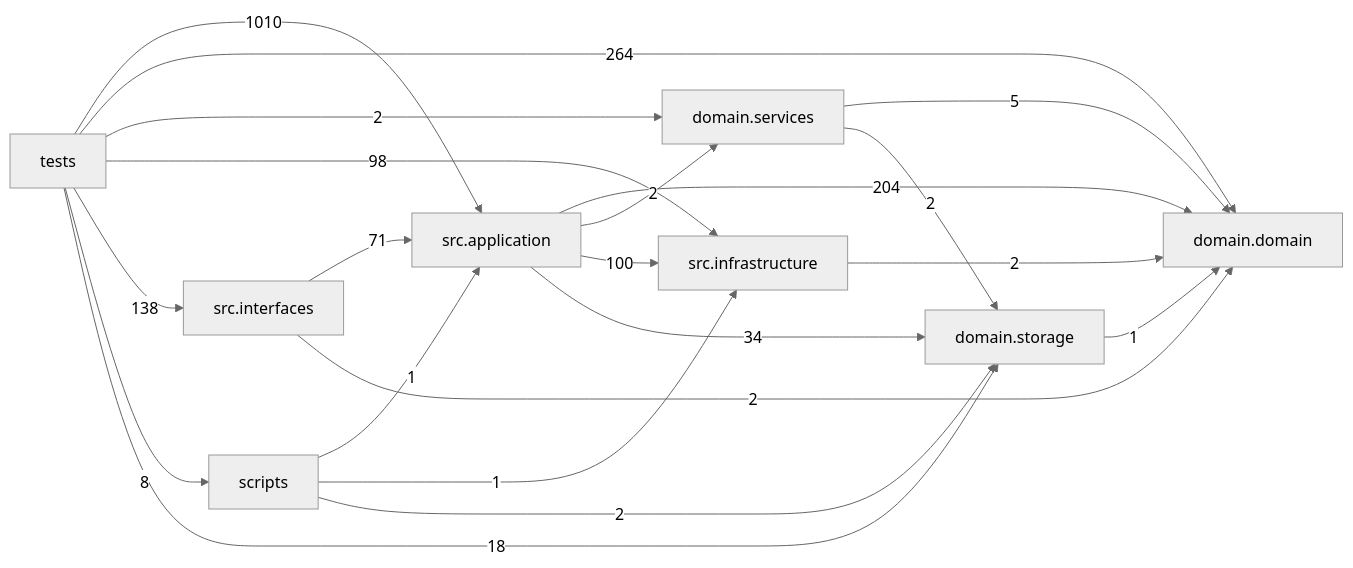
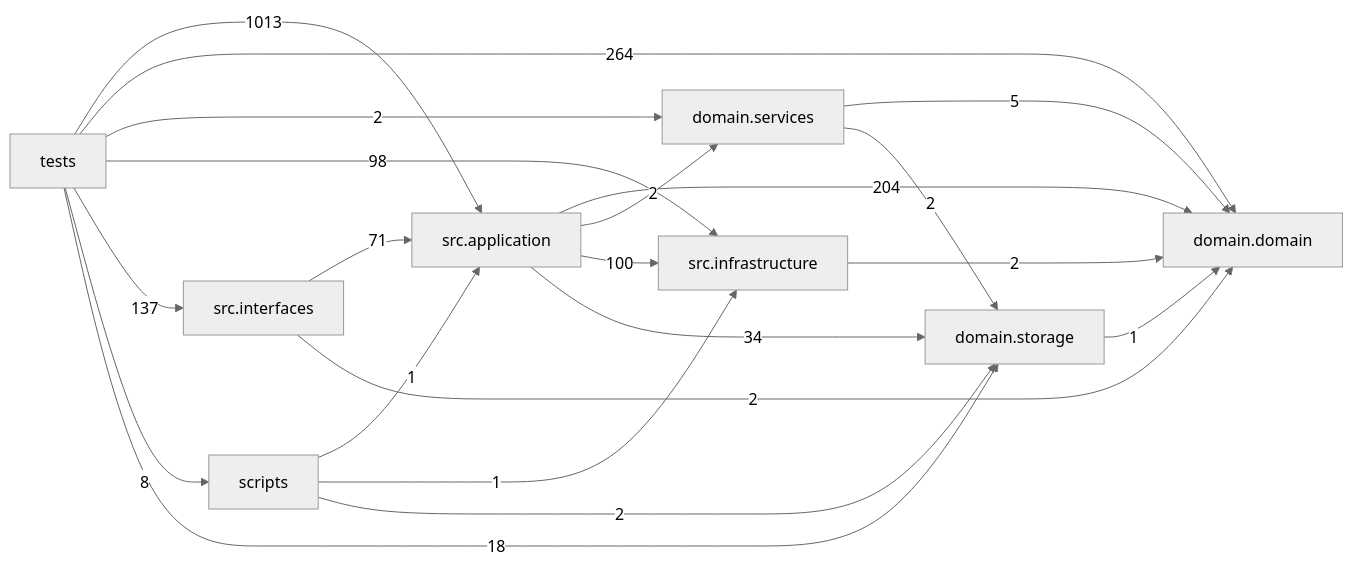
One commit to liuxie066/options-monitor changed the diagram in docs/DEPENDENCY_GRAPH.md. Above: the diagram before and after it, drawn with Mermaid (neutral theme). The commit also changed other lines of this file and 39 other files, not shown here.

````diff
--- a/docs/DEPENDENCY_GRAPH.md
+++ b/docs/DEPENDENCY_GRAPH.md
@@ -24,31 +24,31 @@
 ```mermaid
 flowchart LR
   tests["tests"]
   scripts["scripts"]
   interfaces["src.interfaces"]
   application["src.application"]
   infrastructure["src.infrastructure"]
   domain_services["domain.services"]
   domain["domain.domain"]
   storage["domain.storage"]
   application -->|204| domain
   application -->|2| domain_services
   application -->|100| infrastructure
   application -->|34| storage
   domain_services -->|5| domain
   domain_services -->|2| storage
   infrastructure -->|2| domain
   interfaces -->|71| application
   interfaces -->|2| domain
   scripts -->|1| application
   scripts -->|1| infrastructure
   scripts -->|2| storage
   storage -->|1| domain
-  tests -->|1010| application
+  tests -->|1013| application
   tests -->|264| domain
   tests -->|2| domain_services
   tests -->|98| infrastructure
-  tests -->|138| interfaces
+  tests -->|137| interfaces
   tests -->|8| scripts
   tests -->|18| storage
 ```
````
